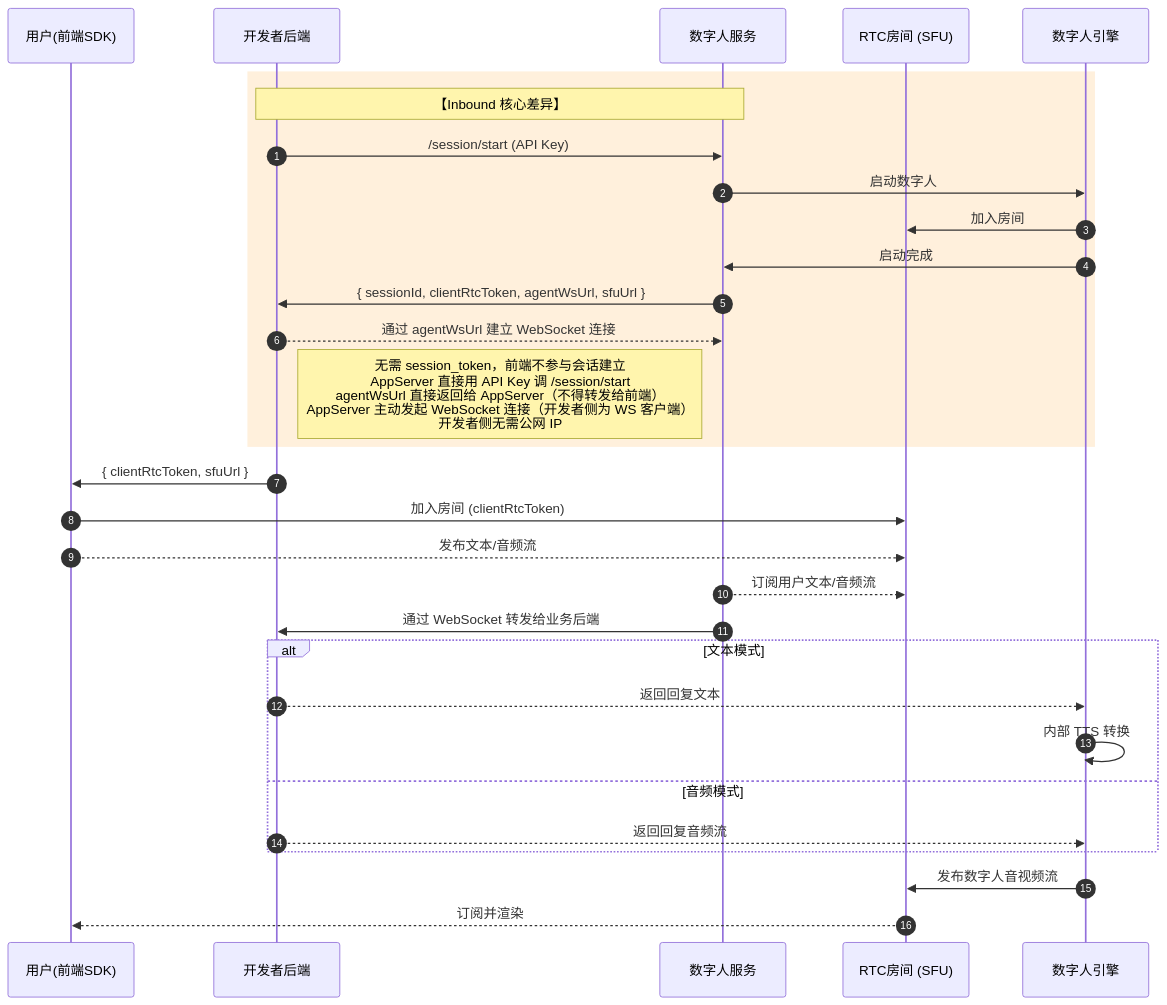
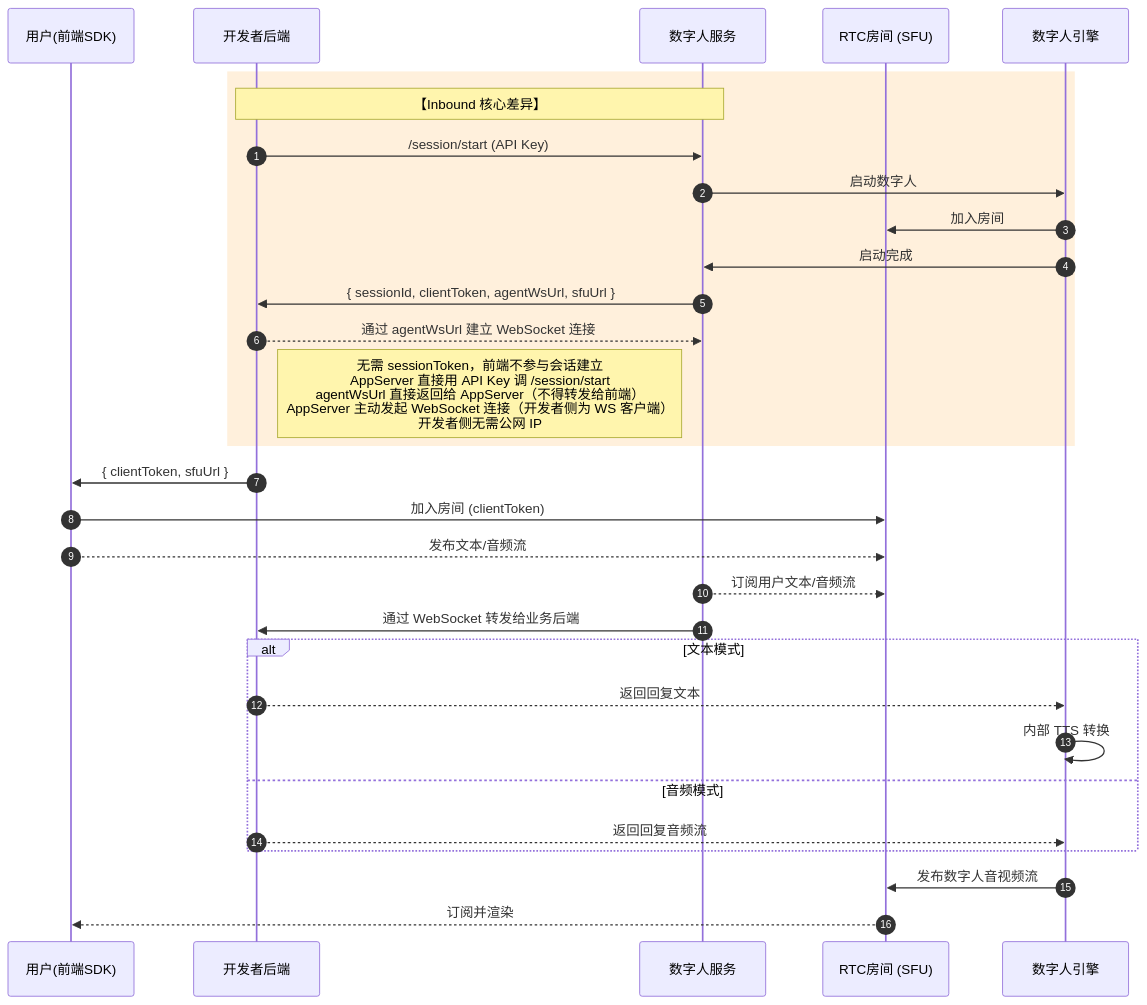
Before and after one commit to newportAI-lab/liveavatar-channel: the first of 3 diagrams in PROTOCOL.zh.md, drawn with Mermaid. The commit also changed other lines of this file and 5 other files, not shown here.

````diff
--- a/PROTOCOL.zh.md
+++ b/PROTOCOL.zh.md
@@ -83,42 +83,42 @@
 ```mermaid
 sequenceDiagram
     autonumber
     participant User as 用户(前端SDK)
     participant AppServer as 开发者后端
     participant Platform as 数字人服务
     participant RTC as RTC房间 (SFU)
     participant Avatar as 数字人引擎
 
     %% 核心差异高亮：整个会话建立过程全在服务端完成
     rect rgb(255, 240, 220)
     Note over AppServer, Platform: 【Inbound 核心差异】
     AppServer->>Platform: /session/start (API Key)
     Platform->>Avatar: 启动数字人
     Avatar->>RTC: 加入房间
     Avatar->>Platform: 启动完成
-    Platform->>AppServer: { sessionId, clientRtcToken, agentWsUrl, sfuUrl }
+    Platform->>AppServer: { sessionId, clientToken, agentWsUrl, sfuUrl }
     AppServer-->>Platform: 通过 agentWsUrl 建立 WebSocket 连接
-    Note right of AppServer: 无需 session_token，前端不参与会话建立<br/>AppServer 直接用 API Key 调 /session/start<br/>agentWsUrl 直接返回给 AppServer（不得转发给前端）<br/>AppServer 主动发起 WebSocket 连接（开发者侧为 WS 客户端）<br/>开发者侧无需公网 IP
+    Note right of AppServer: 无需 sessionToken，前端不参与会话建立<br/>AppServer 直接用 API Key 调 /session/start<br/>agentWsUrl 直接返回给 AppServer（不得转发给前端）<br/>AppServer 主动发起 WebSocket 连接（开发者侧为 WS 客户端）<br/>开发者侧无需公网 IP
     end
-    AppServer->>User: { clientRtcToken, sfuUrl }
+    AppServer->>User: { clientToken, sfuUrl }
 
 
     %% 2. RTC 链路建立
-    User->>RTC: 加入房间 (clientRtcToken)
+    User->>RTC: 加入房间 (clientToken)
     User-->>RTC: 发布文本/音频流
 
     %% 3. 核心业务循环
     Platform-->>RTC: 订阅用户文本/音频流
     Platform->>AppServer: 通过 WebSocket 转发给业务后端
 
     alt 文本模式
         AppServer-->>Avatar: 返回回复文本
         Avatar->>Avatar: 内部 TTS 转换
     else 音频模式
         AppServer-->>Avatar: 返回回复音频流
     end
 
     %% 4. 数字人反馈
     Avatar->>RTC: 发布数字人音视频流
     RTC-->>User: 订阅并渲染
 ```
````
